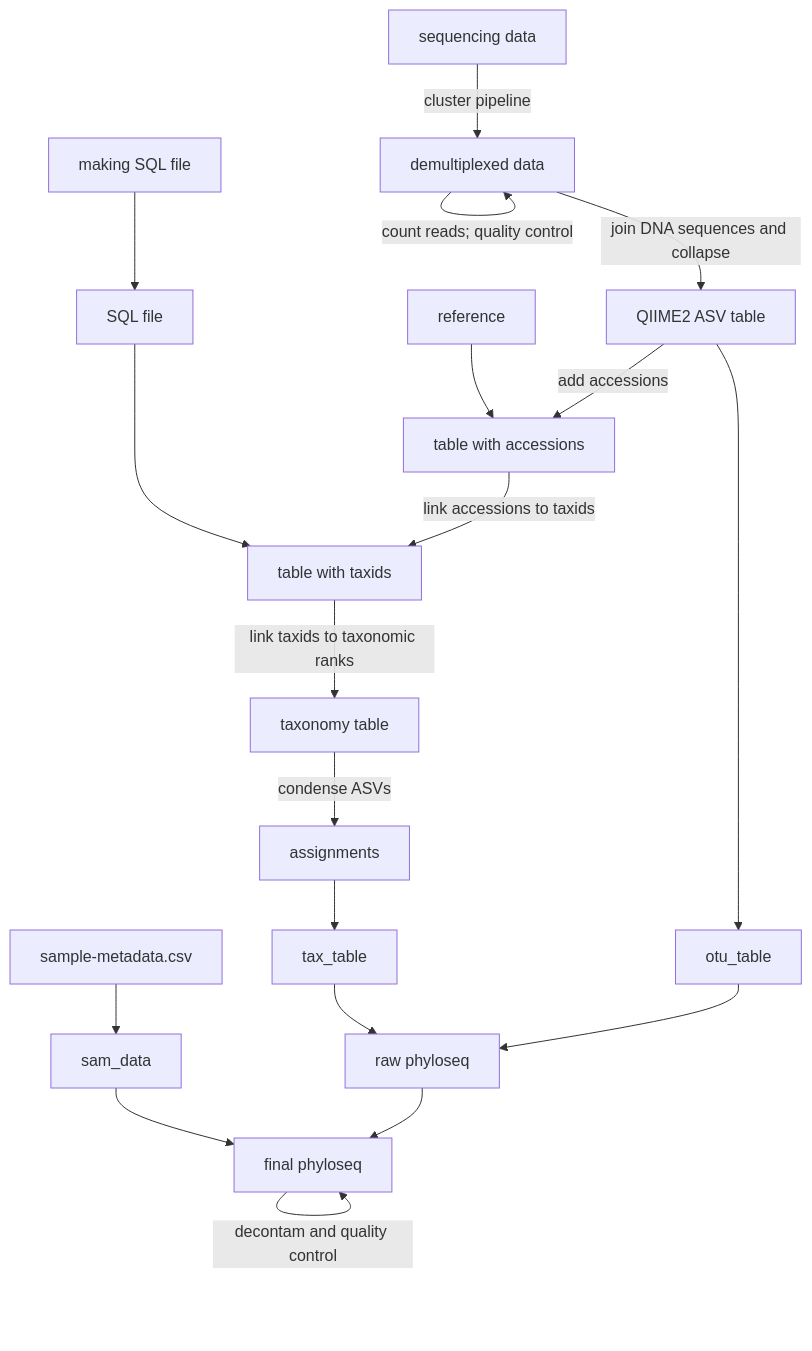
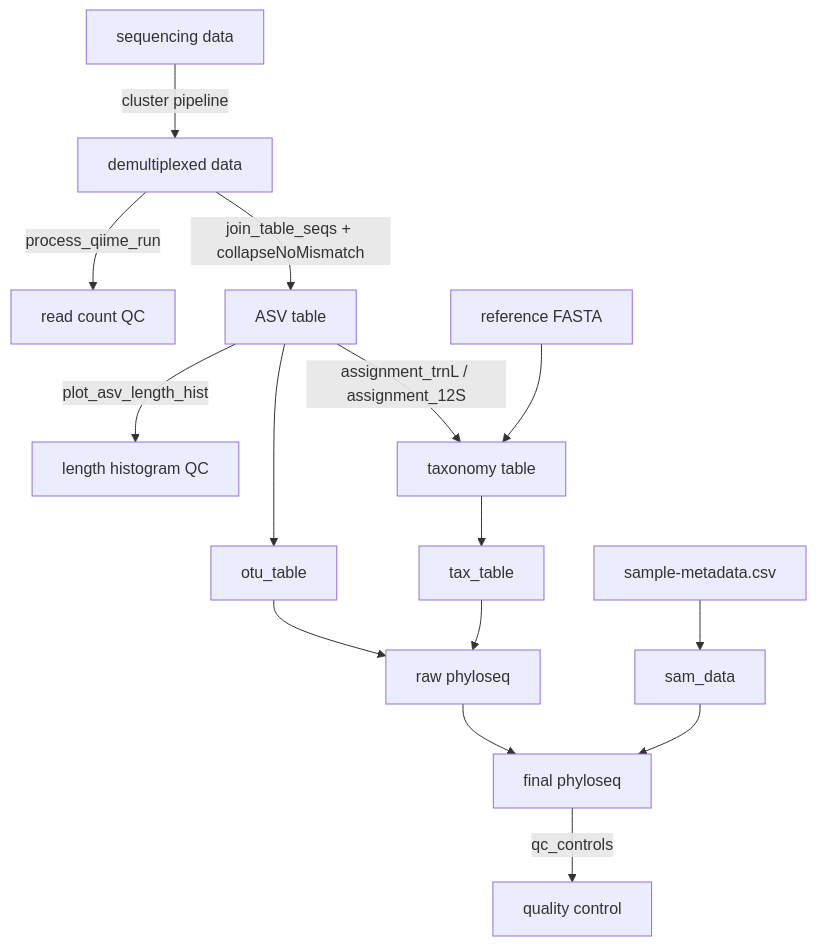
One commit to LAD-LAB/lad-lab.github.io changed the diagram in docs/pipeline.md. Above: the diagram before and after it, drawn with Mermaid. The commit also changed other lines of this file, not shown here.

````diff
--- a/docs/pipeline.md
+++ b/docs/pipeline.md
@@ -933,21 +603,17 @@
 ``` mermaid
 graph TD
   A[sequencing data] -->|cluster pipeline| B[demultiplexed data];
-  B -->|count reads; quality control| B;
-  B -->|join DNA sequences and collapse| C[QIIME2 ASV table];
-  C -->|add accessions| D[table with accessions];
-  E[reference] --> D;
-  D -->|link accessions to taxids| F[table with taxids];
-  G[SQL file] ---> F;
-  F -->|link taxids to taxonomic ranks| H[taxonomy table];
-  H -->|condense ASVs| I[assignments];
-  C --> J[otu_table];
-  I --> K[tax_table];
-  J --> L[raw phyloseq];
-  K --> L;
-  M[sample-metadata.csv] --> N[sam_data];
-  L --> O[final phyloseq];
-  N --> O;
-  O -->|decontam and quality control| O;
-  P[making SQL file] --> G
+  B -->|process_qiime_run| C[read count QC];
+  B -->|join_table_seqs + collapseNoMismatch| D[ASV table];
+  D -->|plot_asv_length_hist| E[length histogram QC];
+  D -->|assignment_trnL / assignment_12S| F[taxonomy table];
+  G[reference FASTA] --> F;
+  D --> H[otu_table];
+  F --> I[tax_table];
+  H --> J[raw phyloseq];
+  I --> J;
+  K[sample-metadata.csv] --> L[sam_data];
+  J --> M[final phyloseq];
+  L --> M;
+  M -->|qc_controls| N[quality control];
 ```
````
